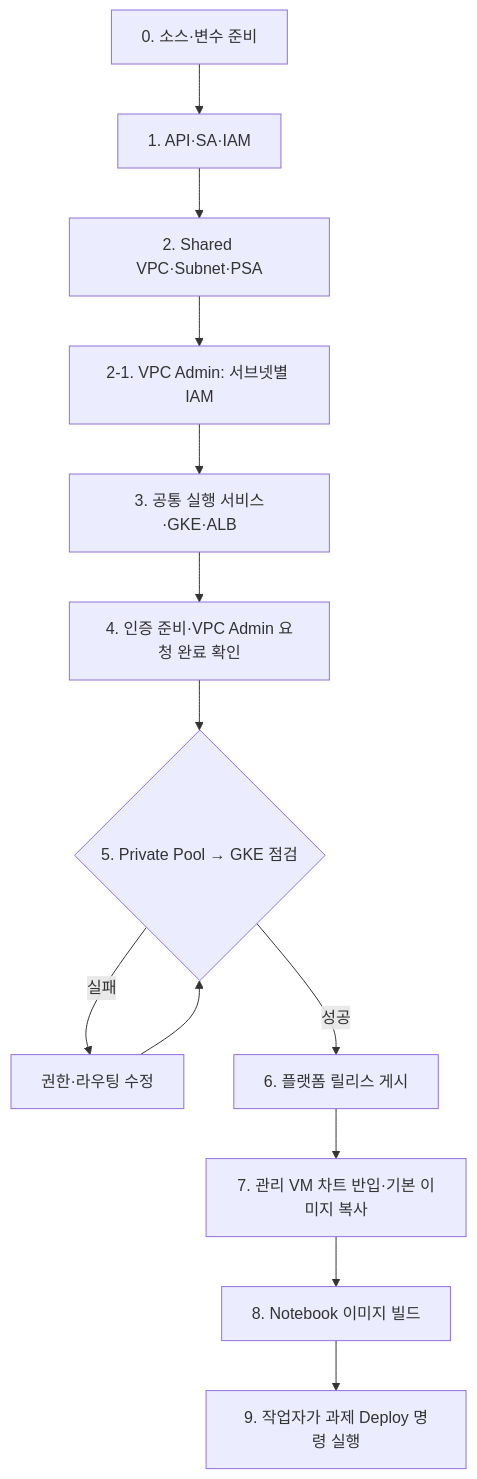
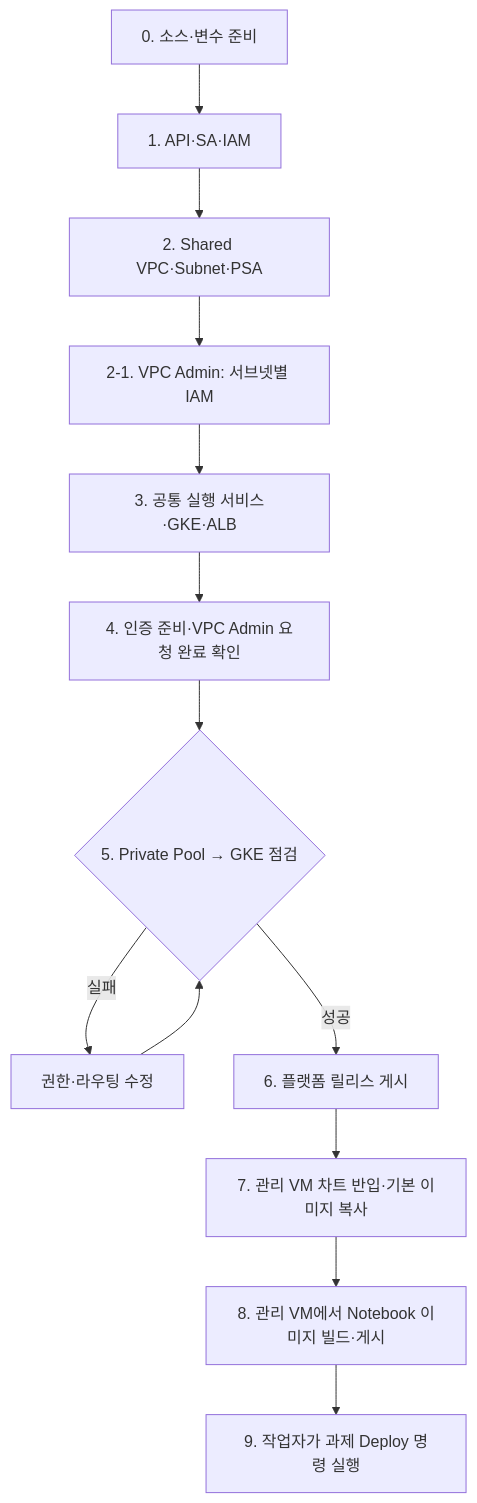
Before and after one commit to sonmap/https-github.com-sonmap-GCP_SBX_Test02: the first of 2 diagrams in 01.docs/reference/work-order.md, drawn with Mermaid. The commit also changed other lines of this file and 14 other files, not shown here.

````diff
--- a/01.docs/reference/work-order.md
+++ b/01.docs/reference/work-order.md
@@ -19,15 +19,15 @@
 ```mermaid
 flowchart TD
     A["0. 소스·변수 준비"] --> B["1. API·SA·IAM"]
     B --> C["2. Shared VPC·Subnet·PSA"]
     C --> S["2-1. VPC Admin: 서브넷별 IAM"]
     S --> D["3. 공통 실행 서비스·GKE·ALB"]
     D --> E["4. 인증 준비·VPC Admin 요청 완료 확인"]
     E --> F{"5. Private Pool → GKE 점검"}
     F -->|실패| X["권한·라우팅 수정"]
     X --> F
     F -->|성공| G["6. 플랫폼 릴리스 게시"]
     G --> H["7. 관리 VM 차트 반입·기본 이미지 복사"]
-    H --> I["8. Notebook 이미지 빌드"]
+    H --> I["8. 관리 VM에서 Notebook 이미지 빌드·게시"]
     I --> J["9. 작업자가 과제 Deploy 명령 실행"]
 ```
````
